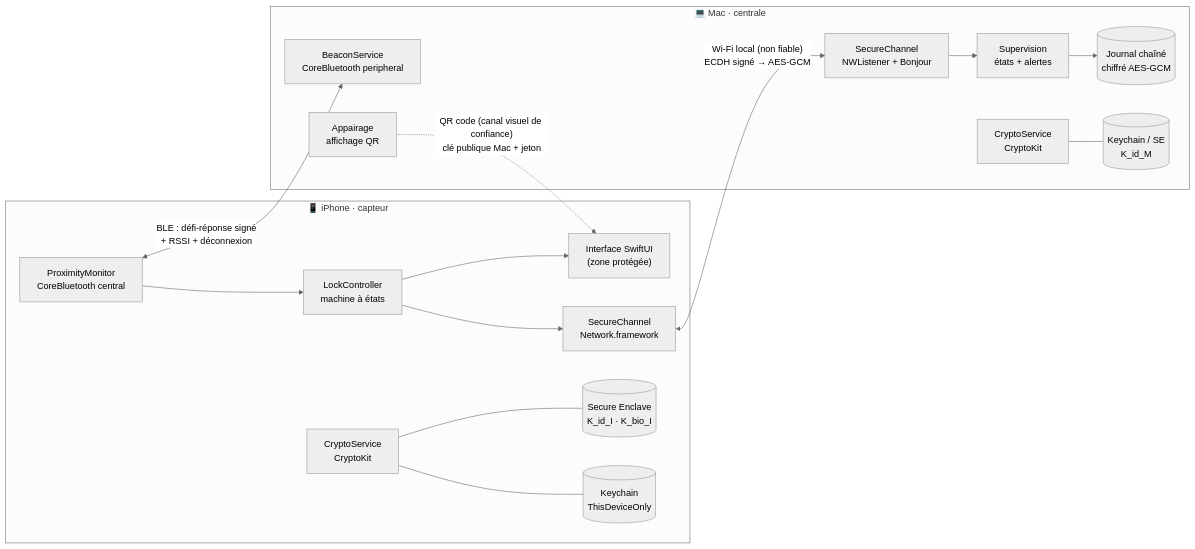
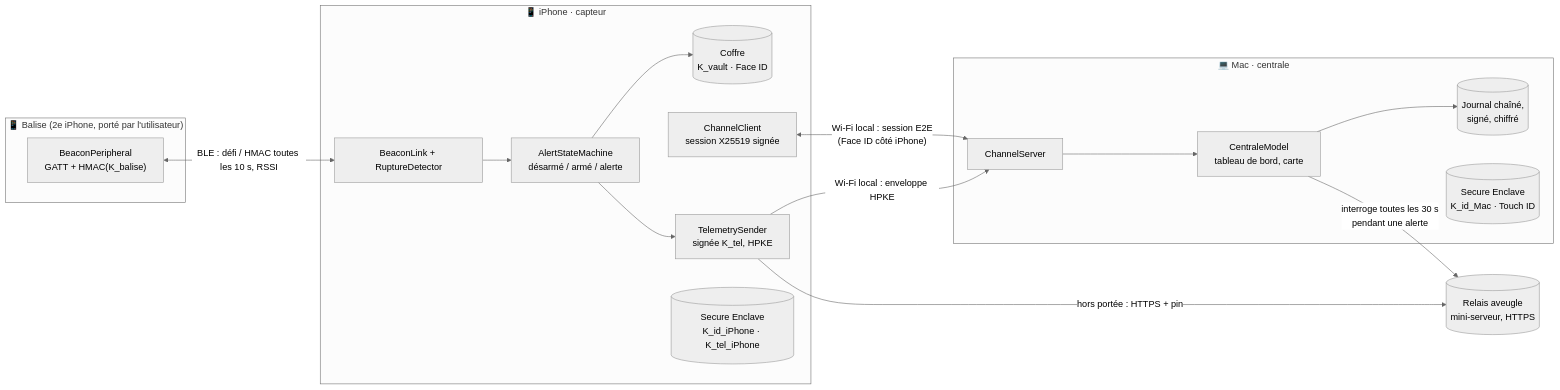
The first of 5 diagrams in docs/J2-architecture.md (Br4tha/RobAir), drawn with Mermaid (neutral theme) before and after one commit. The commit also changed other lines of this file and 7 other files, not shown here.

Commit message:
docs: aligner README, J2, fiche oral et journal IA sur le cadrage J1 (balise = 2e iPhone)

````diff
--- a/docs/J2-architecture.md
+++ b/docs/J2-architecture.md
@@ -10,33 +11,30 @@
 ```mermaid
 flowchart LR
-    subgraph iPhone["📱 iPhone · capteur"]
-        UI_I["Interface SwiftUI<br/>(zone protégée)"]
-        PROX["ProximityMonitor<br/>CoreBluetooth central"]
-        LOCK["LockController<br/>machine à états"]
-        CRYPT_I["CryptoService<br/>CryptoKit"]
-        NET_I["SecureChannel<br/>Network.framework"]
-        SE_I[("Secure Enclave<br/>K_id_I · K_bio_I")]
-        KC_I[("Keychain<br/>ThisDeviceOnly")]
+    subgraph B["📱 Balise (2e iPhone, porté par l'utilisateur)"]
+        BP["BeaconPeripheral<br/>GATT + HMAC(K_balise)"]
     end
+    subgraph I["📱 iPhone · capteur"]
+        BL["BeaconLink + RuptureDetector"]
+        AS["AlertStateMachine<br/>désarmé / armé / alerte"]
+        V[("Coffre<br/>K_vault · Face ID")]
+        T["TelemetrySender<br/>signée K_tel, HPKE"]
+        C["ChannelClient<br/>session X25519 signée"]
+        SE_I[("Secure Enclave<br/>K_id_iPhone · K_tel_iPhone")]
+    end
+    subgraph M["💻 Mac · centrale"]
+        S["ChannelServer"]
+        CM["CentraleModel<br/>tableau de bord, carte"]
+        J[("Journal chaîné,<br/>signé, chiffré")]
+        SE_M[("Secure Enclave<br/>K_id_Mac · Touch ID")]
+    end
+    R[("Relais aveugle<br/>mini-serveur, HTTPS")]
 
-    subgraph Mac["💻 Mac · centrale"]
-        BEACON["BeaconService<br/>CoreBluetooth peripheral"]
-        NET_M["SecureChannel<br/>NWListener + Bonjour"]
-        CRYPT_M["CryptoService<br/>CryptoKit"]
-        SUPER["Supervision<br/>états + alertes"]
-        JOURNAL[("Journal chaîné<br/>chiffré AES-GCM")]
-        KC_M[("Keychain / SE<br/>K_id_M")]
-        PAIR["Appairage<br/>affichage QR"]
-    end
-
-    PROX <-->|"BLE : défi-réponse signé<br/>+ RSSI + déconnexion"| BEACON
-    NET_I <-->|"Wi-Fi local (non fiable)<br/>ECDH signé → AES-GCM"| NET_M
-    PAIR -.->|"QR code (canal visuel de confiance)<br/>clé publique Mac + jeton"| UI_I
-
-    PROX --> LOCK --> UI_I
-    LOCK --> NET_I
-    CRYPT_I --- SE_I
-    CRYPT_I --- KC_I
-    NET_M --> SUPER --> JOURNAL
-    CRYPT_M --- KC_M
+    BP <-->|"BLE : défi / HMAC toutes les 10 s, RSSI"| BL
+    BL --> AS --> V
+    AS --> T
+    C <-->|"Wi-Fi local : session E2E<br/>(Face ID côté iPhone)"| S
+    T -->|"Wi-Fi local : enveloppe HPKE"| S
+    T -->|"hors portée : HTTPS + pin"| R
+    CM -->|"interroge toutes les 30 s<br/>pendant une alerte"| R
+    S --> CM --> J
 ```
````
